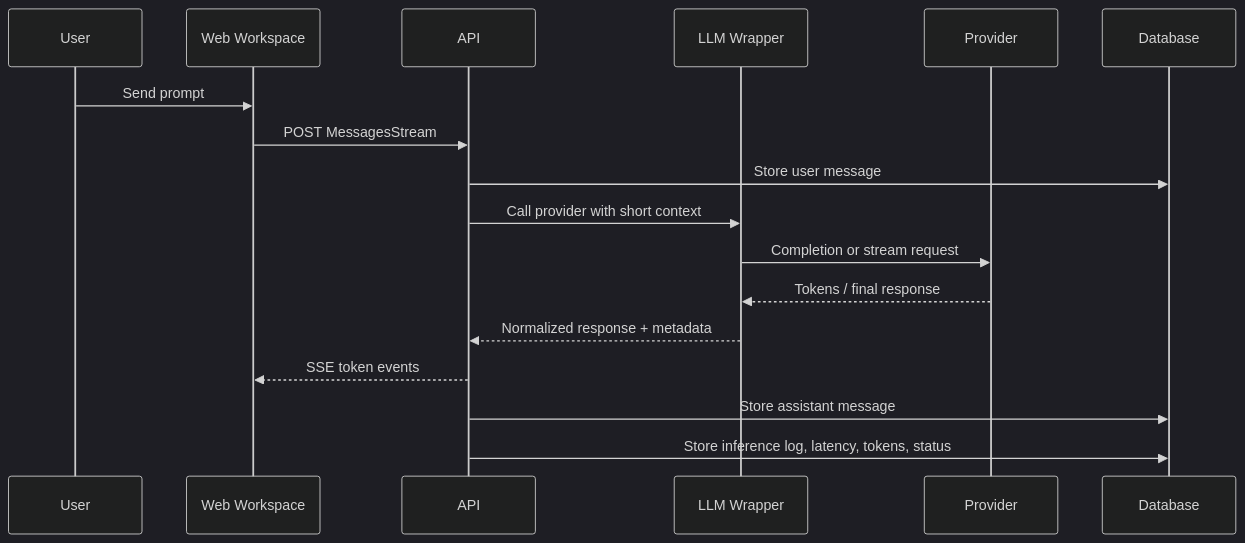
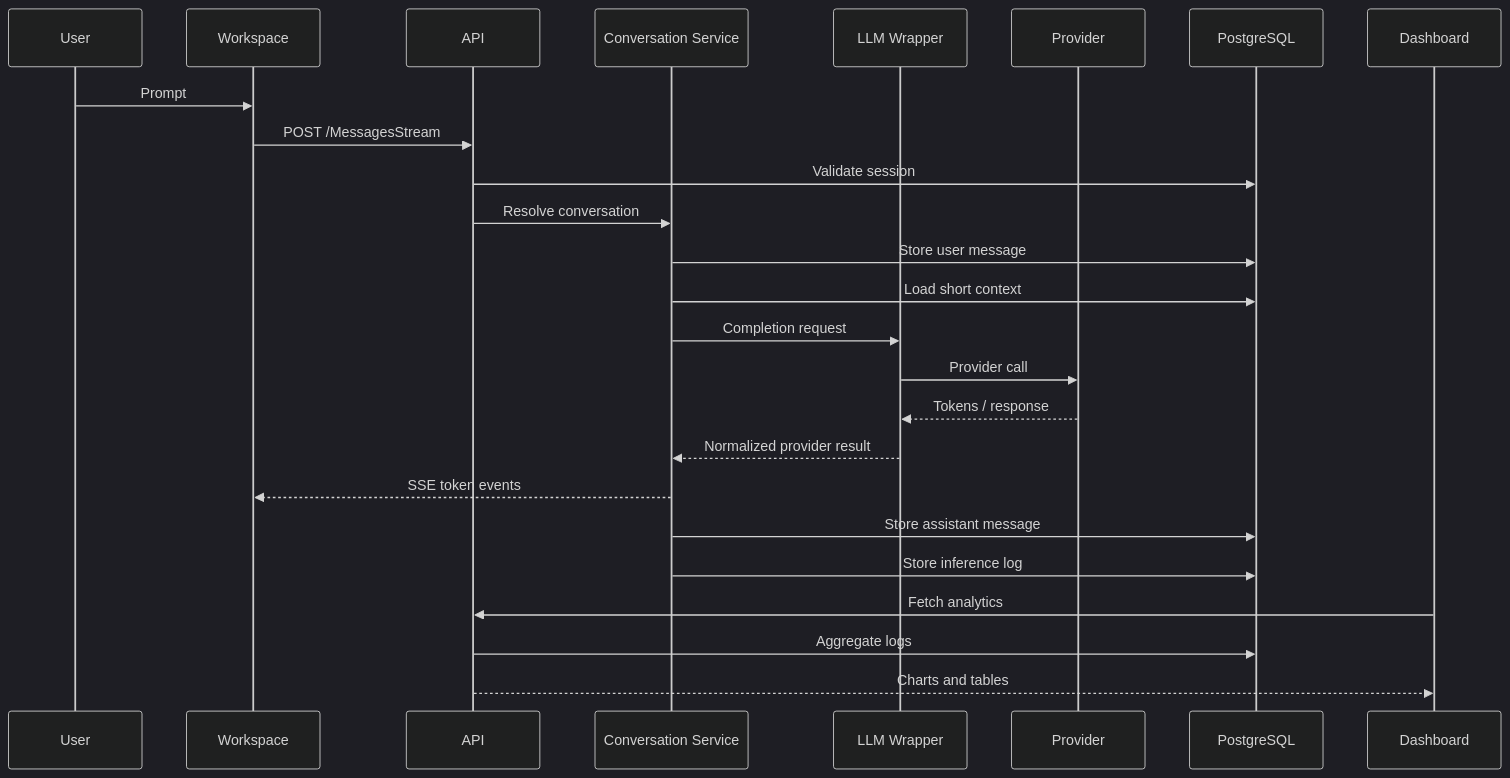
One commit to Zyfrr/Zynex changed the second of 4 diagrams in docs/ARCHITECTURE.md. Above: the diagram before and after it, drawn with Mermaid (dark theme). The commit also changed other lines of this file and 1 other file, not shown here.

Commit message:
Unify README and architecture documentation

````diff
--- a/docs/ARCHITECTURE.md
+++ b/docs/ARCHITECTURE.md
@@ -52,20 +70,28 @@
 ```mermaid
 sequenceDiagram
   participant U as User
-  participant W as Web Workspace
+  participant W as Workspace
   participant A as API
+  participant C as Conversation Service
   participant L as LLM Wrapper
   participant P as Provider
-  participant D as Database
+  participant D as PostgreSQL
+  participant G as Dashboard
 
-  U->>W: Send prompt
-  W->>A: POST MessagesStream
-  A->>D: Store user message
-  A->>L: Call provider with short context
-  L->>P: Completion or stream request
-  P-->>L: Tokens / final response
-  L-->>A: Normalized response + metadata
-  A-->>W: SSE token events
-  A->>D: Store assistant message
-  A->>D: Store inference log, latency, tokens, status
+  U->>W: Prompt
+  W->>A: POST /MessagesStream
+  A->>D: Validate session
+  A->>C: Resolve conversation
+  C->>D: Store user message
+  C->>D: Load short context
+  C->>L: Completion request
+  L->>P: Provider call
+  P-->>L: Tokens / response
+  L-->>C: Normalized provider result
+  C-->>W: SSE token events
+  C->>D: Store assistant message
+  C->>D: Store inference log
+  G->>A: Fetch analytics
+  A->>D: Aggregate logs
+  A-->>G: Charts and tables
 ```
````
